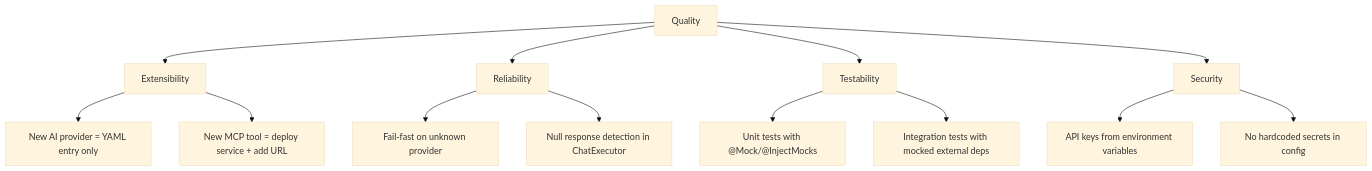
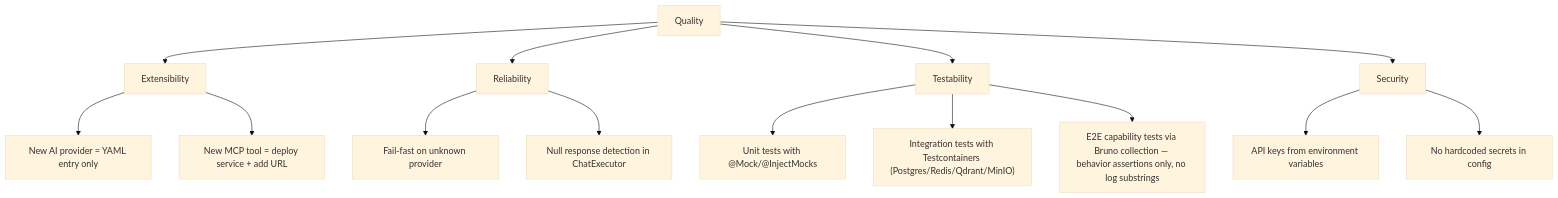
The diagram in AscendAgent/docs/architecture/arc42/10-quality-requirements.md (Lukk17/AscendAI), drawn with Mermaid (base theme) before and after one commit. The commit also changed other lines of this file and 4 other files, not shown here.

````diff
--- a/AscendAgent/docs/architecture/arc42/10-quality-requirements.md
+++ b/AscendAgent/docs/architecture/arc42/10-quality-requirements.md
@@ -5,20 +5,21 @@
 ```mermaid
 graph TB
     Quality["Quality"]
     Quality --> Extensibility
     Quality --> Reliability
     Quality --> Testability
     Quality --> Security
 
     Extensibility --> E1["New AI provider = YAML entry only"]
     Extensibility --> E2["New MCP tool = deploy service + add URL"]
 
     Reliability --> R1["Fail-fast on unknown provider"]
     Reliability --> R2["Null response detection in ChatExecutor"]
 
     Testability --> T1["Unit tests with @Mock/@InjectMocks"]
-    Testability --> T2["Integration tests with mocked external deps"]
+    Testability --> T2["Integration tests with Testcontainers (Postgres/Redis/Qdrant/MinIO)"]
+    Testability --> T3["E2E capability tests via Bruno collection — behavior assertions only, no log substrings"]
 
     Security --> S1["API keys from environment variables"]
     Security --> S2["No hardcoded secrets in config"]
 ```
````
